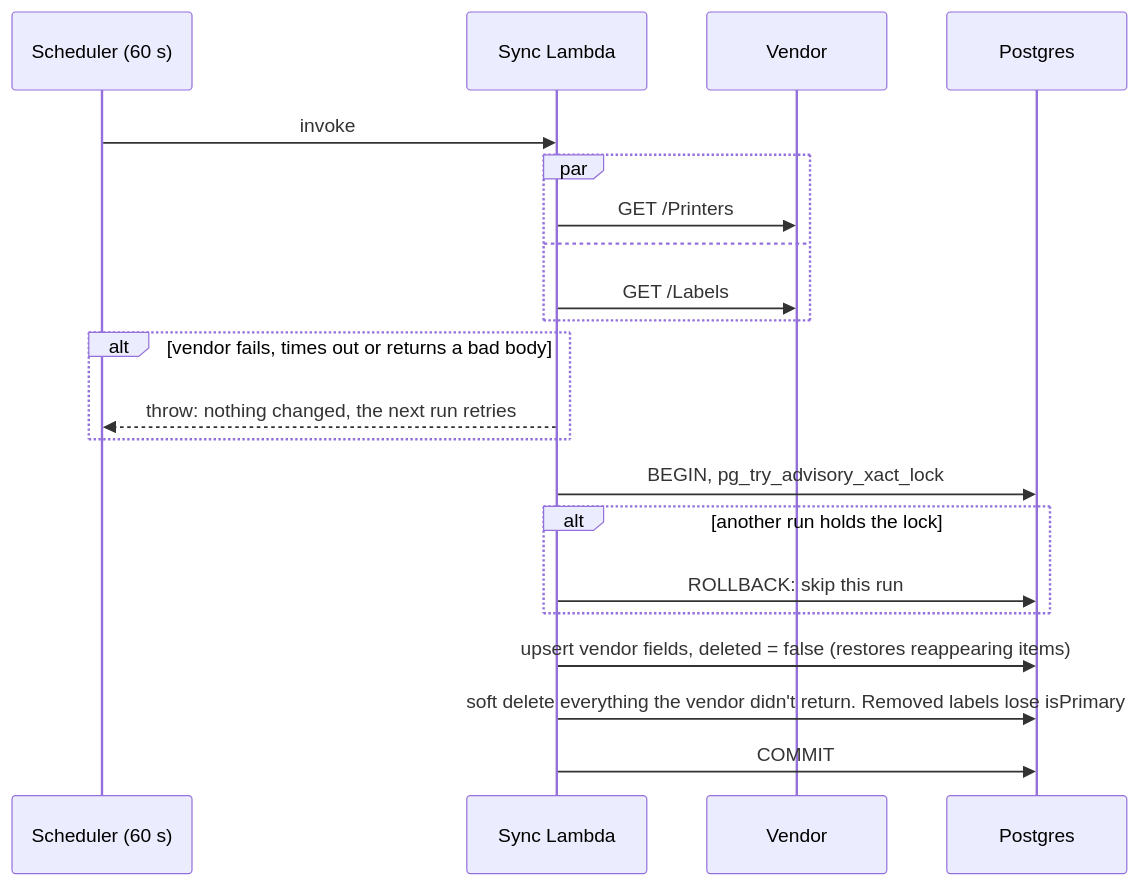
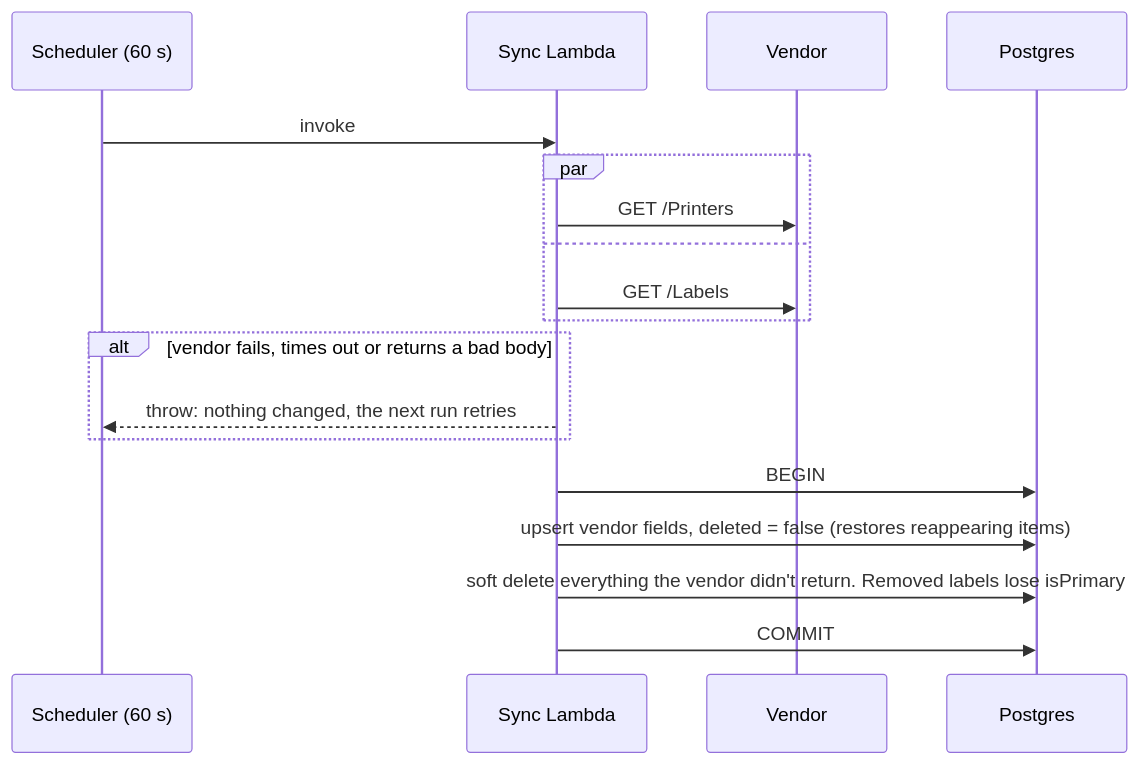
Before and after one commit to baekdahl/print-manager: the third of 4 diagrams in docs/design.md, drawn with Mermaid. The commit also changed other lines of this file and 5 other files, not shown here.

Commit message:
Drop the sync advisory lock; overlapping runs converge on the next run

````diff
--- a/docs/design.md
+++ b/docs/design.md
@@ -202,24 +202,21 @@
 ```mermaid
 sequenceDiagram
   participant S as Scheduler (60 s)
   participant L as Sync Lambda
   participant V as Vendor
   participant DB as Postgres
 
   S->>L: invoke
   par
     L->>V: GET /Printers
   and
     L->>V: GET /Labels
   end
   alt vendor fails, times out or returns a bad body
     L-->>S: throw: nothing changed, the next run retries
   end
-  L->>DB: BEGIN, pg_try_advisory_xact_lock
-  alt another run holds the lock
-    L->>DB: ROLLBACK: skip this run
-  end
+  L->>DB: BEGIN
   L->>DB: upsert vendor fields, deleted = false (restores reappearing items)
   L->>DB: soft delete everything the vendor didn't return. Removed labels lose isPrimary
   L->>DB: COMMIT
 ```
````
